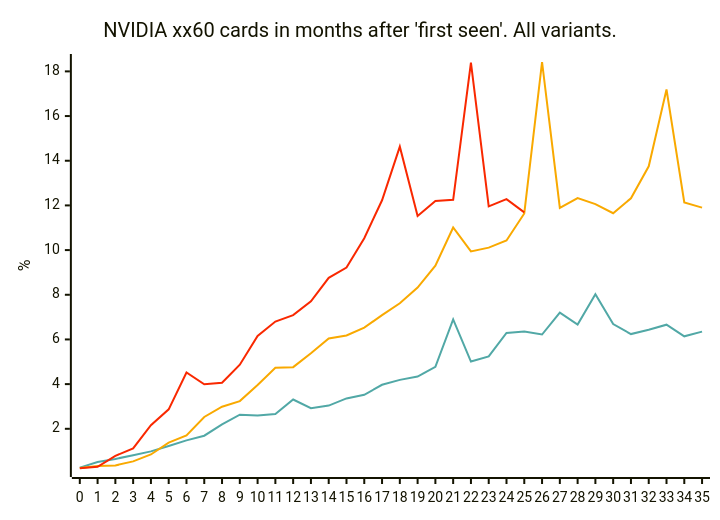
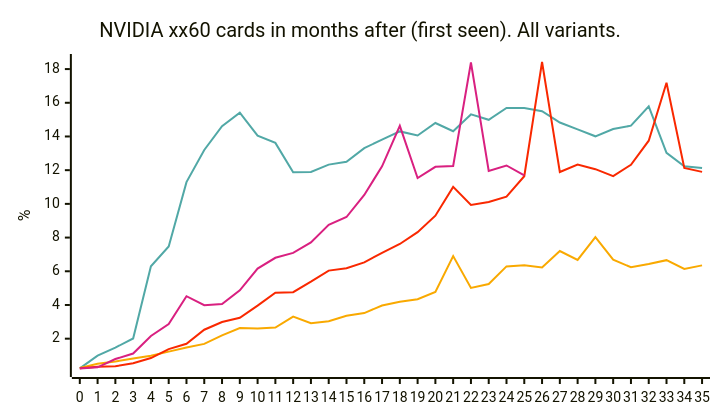
One commit to jdegene/steamHWsurvey changed the fifth of 12 diagrams in README.md. Above: the diagram before and after it, drawn with Mermaid. The commit also changed other lines of this file and 1 other file, not shown here.

Commit message:
added more graphs

````diff
--- a/README.md
+++ b/README.md
@@ -120,18 +178,24 @@
 ```mermaid
 ---
 config:
+    xyChart:
+        width: 700
+        height: 400
+        
     themeVariables:
         xyChart:
             plotColorPalette: "#51a8a6,#f9a900,#f92800,#d92080,#8a52a6"
+
 --- 
 
 
 xychart-beta
-    title "NVIDIA xx60 cards in months after 'first seen'. All variants."
+    title "NVIDIA xx60 cards in months after (first seen). All variants."
     x-axis[0, 1, 2, 3, 4, 5, 6, 7, 8, 9, 10, 11, 12, 13, 14, 15, 16, 17, 18, 19, 20, 21, 22, 23, 24, 25, 26, 27, 28, 29, 30, 31, 32, 33, 34, 35]
     y-axis "%" 
+    line [0.24, 0.9900000000000001, 1.47, 2.01, 6.3, 7.470000000000001, 11.29, 13.200000000000001, 14.610000000000001, 15.409999999999998, 14.05, 13.62, 11.88, 11.89, 12.33, 12.5, 13.309999999999999, 13.81, 14.299999999999999, 14.06, 14.799999999999999, 14.31, 15.310000000000002, 14.99, 15.690000000000001, 15.690000000000001, 15.5, 14.829999999999998, 14.42, 14.01, 14.44, 14.64, 15.790000000000001, 13.03, 12.23, 12.13]
     line [0.26, 0.51, 0.65, 0.8200000000000001, 0.9900000000000001, 1.23, 1.48, 1.6900000000000002, 2.1999999999999997, 2.63, 2.6, 2.66, 3.3099999999999996, 2.9200000000000004, 3.0400000000000005, 3.36, 3.52, 3.9699999999999998, 4.19, 4.34, 4.77, 6.9, 5.01, 5.24, 6.29, 6.35, 6.220000000000001, 7.199999999999999, 6.67, 8.020000000000001, 6.69, 6.24, 6.43, 6.659999999999999, 6.140000000000001, 6.35]
     line [0.25, 0.33, 0.36, 0.54, 0.8500000000000001, 1.38, 1.7000000000000002, 2.53, 2.9899999999999998, 3.2399999999999998, 3.9600000000000004, 4.7299999999999995, 4.760000000000001, 5.38, 6.039999999999999, 6.18, 6.529999999999999, 7.089999999999999, 7.62, 8.32, 9.3, 11.01, 9.94, 10.11, 10.43, 11.64, 18.42, 11.89, 12.33, 12.06, 11.649999999999999, 12.32, 13.750000000000002, 17.19, 12.129999999999999, 11.899999999999999]
     line [0.22999999999999998, 0.3, 0.79, 1.1199999999999999, 2.16, 2.87, 4.5200000000000005, 3.9900000000000007, 4.06, 4.87, 6.16, 6.800000000000001, 7.090000000000001, 7.71, 8.76, 9.22, 10.530000000000001, 12.229999999999999, 14.629999999999999, 11.530000000000001, 12.2, 12.25, 18.39, 11.959999999999999, 12.28, 11.690000000000001]
     line [0.2]
 ``` 
````
